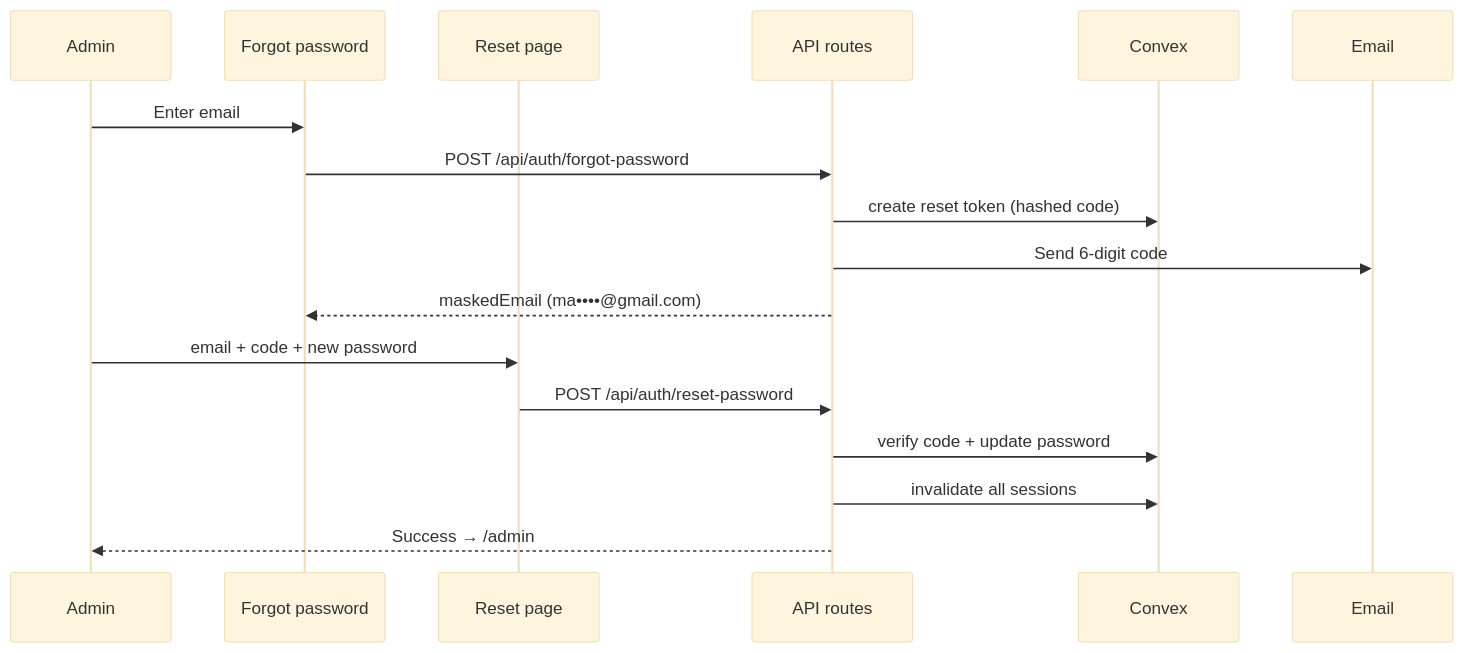
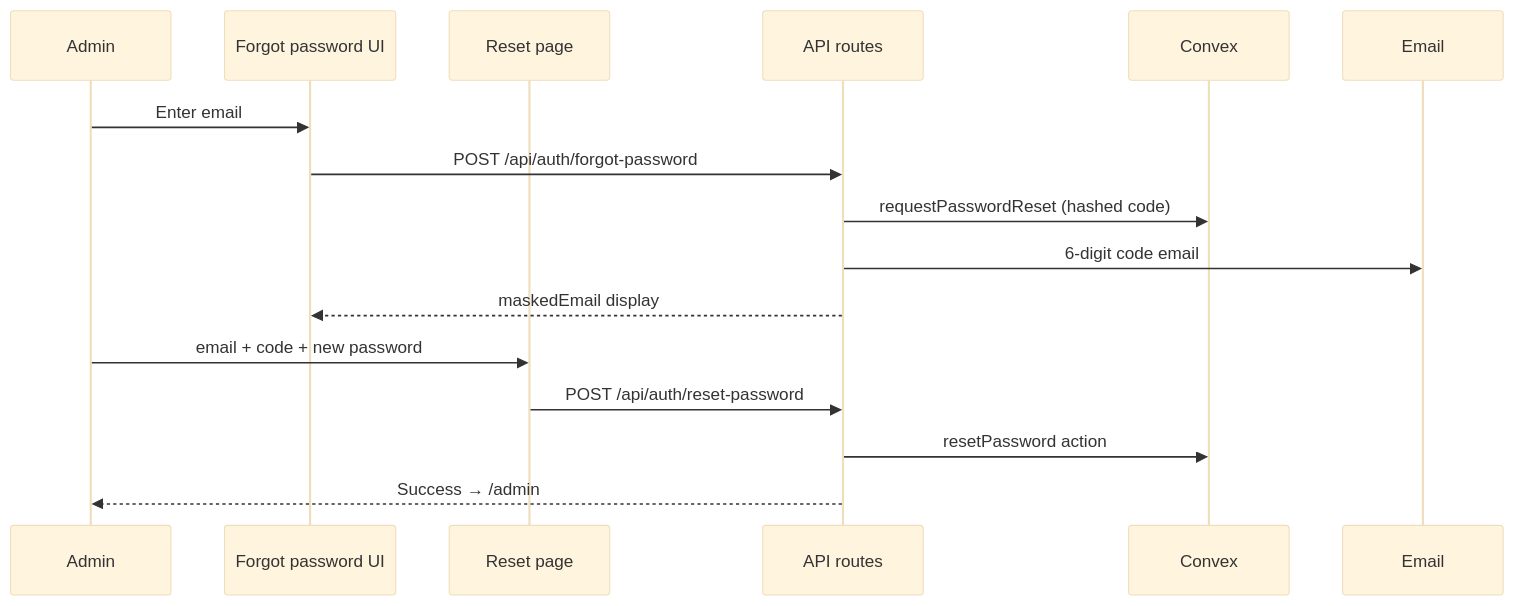
The seventh of 15 diagrams in README.md (mawlid1431/Portfolio), drawn with Mermaid (base theme) before and after one commit. The commit also changed other lines of this file, not shown here.

````diff
--- a/README.md
+++ b/README.md
@@ -352,20 +413,19 @@
 ```mermaid
 sequenceDiagram
   participant A as Admin
-  participant F as Forgot password
+  participant F as Forgot password UI
   participant R as Reset page
   participant API as API routes
   participant C as Convex
   participant E as Email
 
   A->>F: Enter email
   F->>API: POST /api/auth/forgot-password
-  API->>C: create reset token (hashed code)
-  API->>E: Send 6-digit code
-  API-->>F: maskedEmail (ma••••@gmail.com)
+  API->>C: requestPasswordReset (hashed code)
+  API->>E: 6-digit code email
+  API-->>F: maskedEmail display
   A->>R: email + code + new password
   R->>API: POST /api/auth/reset-password
-  API->>C: verify code + update password
-  API->>C: invalidate all sessions
+  API->>C: resetPassword action
   API-->>A: Success → /admin
 ```
````
